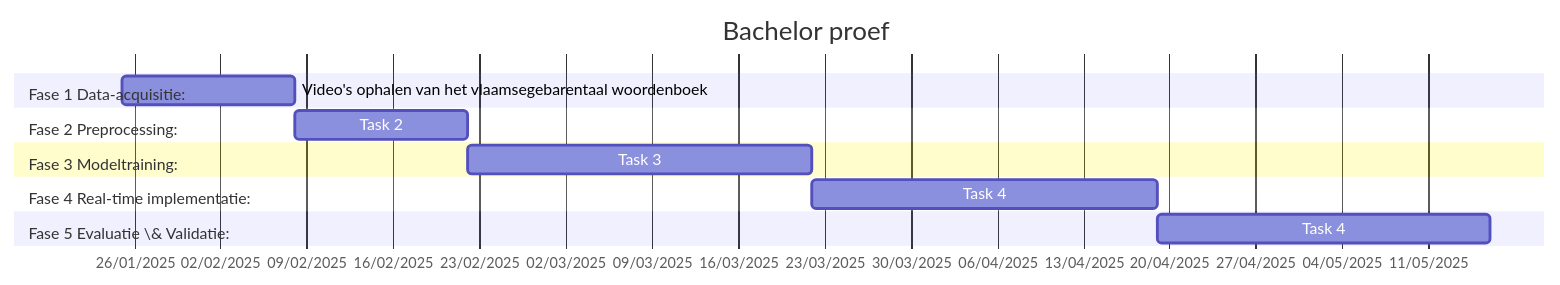
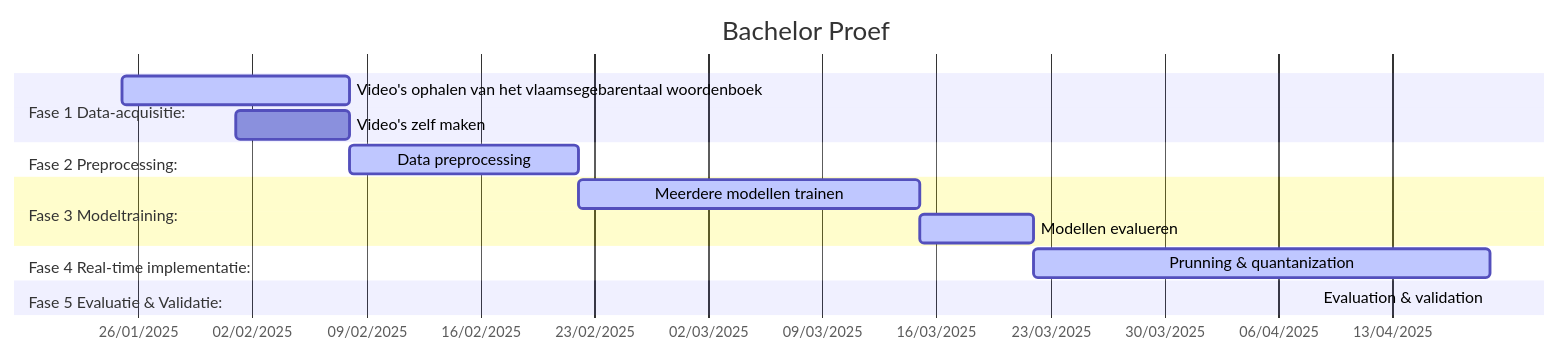
One commit to TomDeganck/latex-hogent-bachproef-main changed the diagram in voorstel/gantt.md. Above: the diagram before and after it, drawn with Mermaid. The commit also changed 2 other files, not shown here.

Commit message:
gewerkt aan de methodologie

````diff
--- a/voorstel/gantt.md
+++ b/voorstel/gantt.md
@@ -3,22 +3,27 @@
 ```mermaid
 gantt
-    title Bachelor proef
+    title Bachelor Proef
     dateFormat  DD/MM/YYYY
     axisFormat  %d/%m/%Y
     todayMarker off
 
+
     section Fase 1 Data-acquisitie:
-    Video's ophalen van het vlaamsegebarentaal woordenboek:          des1, 25/01/2025, 08/02/2025
+    Video's ophalen van het vlaamsegebarentaal woordenboek: active, des1, 25/01/2025, 08/02/2025
+    Video's zelf maken:active         des2, 01/02/2025, 08/02/2025
 
     section Fase 2 Preprocessing:
-    Task 2       :          des2, 08/02/2025, 22/02/2025
+    Data preprocessing: active, des3, 08/02/2025, 22/02/2025
 
     section Fase 3 Modeltraining:
-    Task 3       :         des3, 22/02/2025, 22/03/2025
+    Meerdere modellen trainen: active, des5, 22/02/2025, 15/03/2025
+    Modellen evalueren: active, des6, 15/03/2025, 22/03/2025
 
     section Fase 4 Real-time implementatie:
-    Task 4       :         des4, 22/03/2025, 19/04/2025
+    Prunning & quantanization: active, des7, 22/03/2025, 19/04/2025
 
-    section Fase 5 Evaluatie \& Validatie:
-    Task 4       :         des4, 19/04/2025, 16/05/2025
+    section Fase 5 Evaluatie & Validatie:
+    Evaluation & validation: active, des8, 19/04/2025, 2/05/2025
+
+
 ```
````
